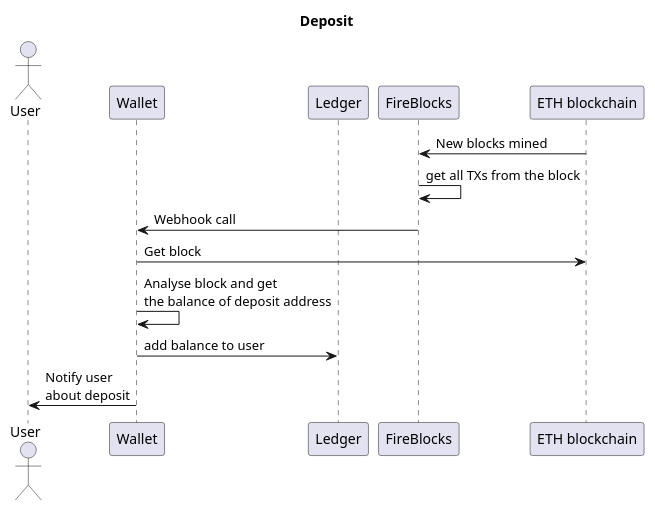
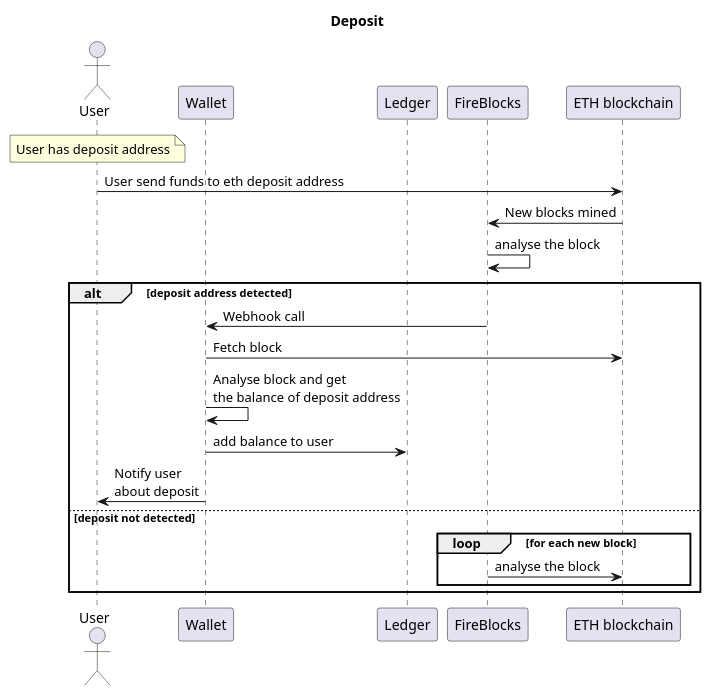
Before and after one commit to localtradersteam/Sequense-Diagrams: the diagram in deposit_sequence.puml, drawn with PlantUML. The commit also changed 2 other files, not shown here.

Commit message:
Update deposit and sendout diagrams

```diff
--- a/deposit_sequence.puml
+++ b/deposit_sequence.puml
@@ -1,20 +1,28 @@
 @startuml
 
 title "Deposit"
 
 actor "User" as u
 
 participant "Wallet" as wallet
 participant "Ledger" as ledger
 participant "FireBlocks" as fb
 participant "ETH blockchain" as eb
 
+note over u: User has deposit address
 
+u -> eb: User send funds to eth deposit address
 eb -> fb: New blocks mined
-fb -> fb: get all TXs from the block
+fb -> fb: analyse the block
+alt deposit address detected
 fb -> wallet: Webhook call
-wallet -> eb: Get block
+wallet -> eb: Fetch block
 wallet -> wallet: Analyse block and get\nthe balance of deposit address
 wallet -> ledger: add balance to user
 wallet -> u: Notify user\nabout deposit
+else deposit not detected
+loop for each new block
+fb -> eb : analyse the block
+end
+end group
 @enduml
```
